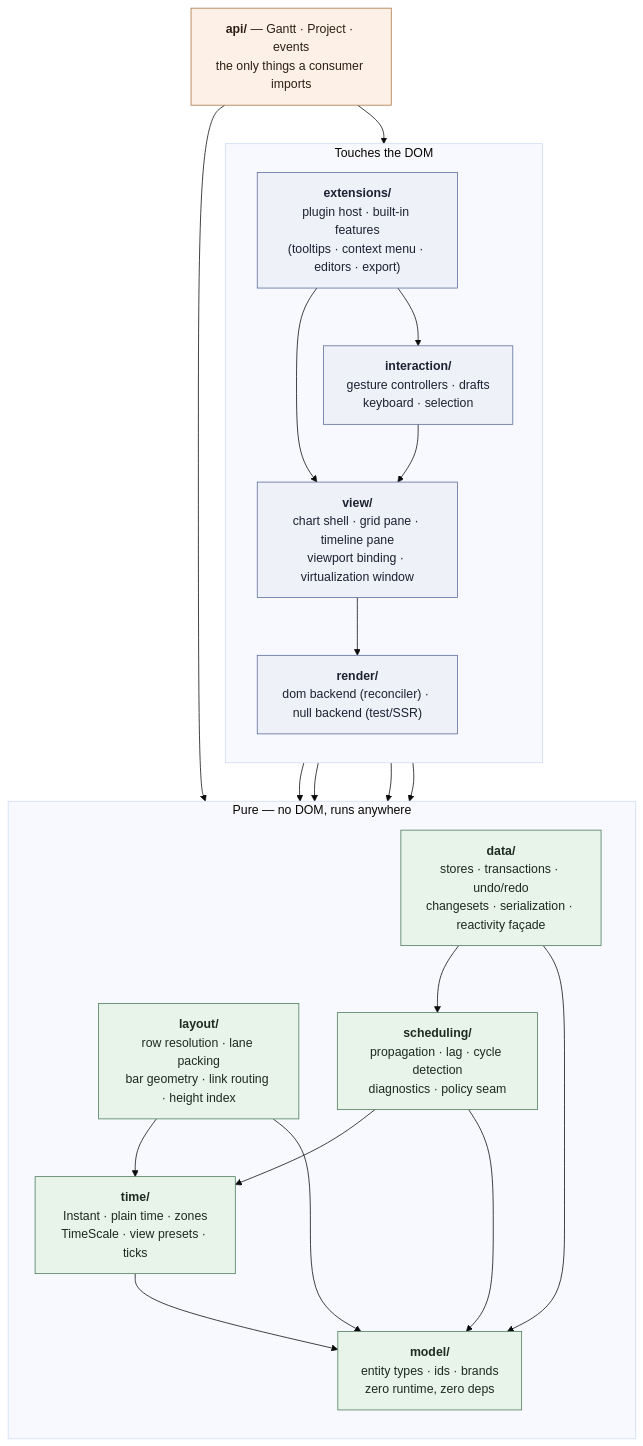
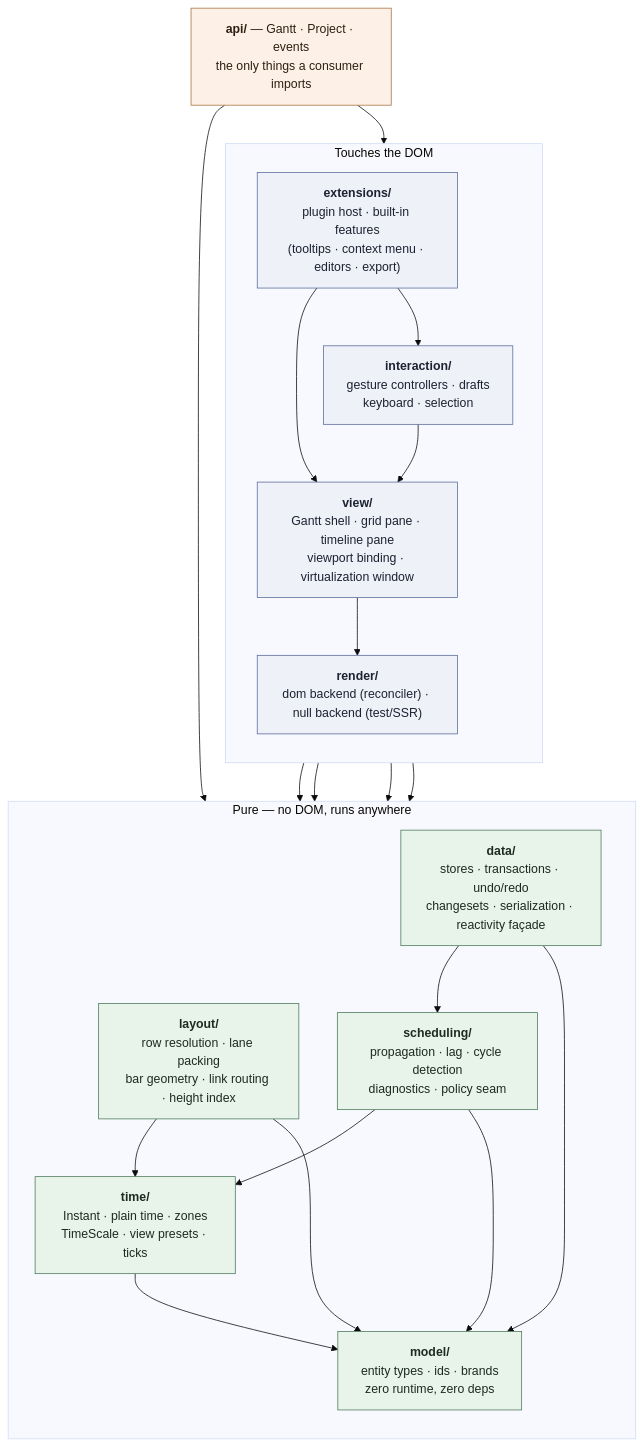
Before and after one commit to freegantt/freegantt: the first of 6 diagrams in plans/01-domain-architecture.md, drawn with Mermaid (base theme). The commit also changed other lines of this file and 21 other files, not shown here.

Commit message:
Renamed Chart to Gantt globablly

````diff
--- a/plans/01-domain-architecture.md
+++ b/plans/01-domain-architecture.md
@@ -11,46 +11,46 @@
 ```mermaid
 flowchart TB
   subgraph domside["Touches the DOM"]
     direction TB
     EXT["<b>extensions/</b><br/>plugin host · built-in features<br/>(tooltips · context menu · editors · export)"]
     INT["<b>interaction/</b><br/>gesture controllers · drafts<br/>keyboard · selection"]
-    VIEW["<b>view/</b><br/>chart shell · grid pane · timeline pane<br/>viewport binding · virtualization window"]
+    VIEW["<b>view/</b><br/>Gantt shell · grid pane · timeline pane<br/>viewport binding · virtualization window"]
     REN["<b>render/</b><br/>dom backend (reconciler) · null backend (test/SSR)"]
   end
 
   subgraph pureside["Pure — no DOM, runs anywhere"]
     direction TB
     LAY["<b>layout/</b><br/>row resolution · lane packing<br/>bar geometry · link routing · height index"]
     SCH["<b>scheduling/</b><br/>propagation · lag · cycle detection<br/>diagnostics · policy seam"]
     DATA["<b>data/</b><br/>stores · transactions · undo/redo<br/>changesets · serialization · reactivity façade"]
     TIME["<b>time/</b><br/>Instant · plain time · zones<br/>TimeScale · view presets · ticks"]
     MODEL["<b>model/</b><br/>entity types · ids · brands<br/>zero runtime, zero deps"]
   end
 
   API["<b>api/</b> — Gantt · Project · events<br/>the only things a consumer imports"]
 
   API --> VIEW
   API --> DATA
   EXT --> VIEW
   EXT --> INT
   INT --> VIEW
   INT --> DATA
   VIEW --> REN
   VIEW --> LAY
   VIEW --> DATA
   REN --> LAY
   LAY --> TIME
   LAY --> MODEL
   DATA --> SCH
   DATA --> MODEL
   SCH --> TIME
   SCH --> MODEL
   TIME --> MODEL
 
   classDef pure fill:#e8f4ea,stroke:#4a7a58,color:#1c2b20
   classDef dom fill:#eef1f8,stroke:#5a6a9a,color:#1c2230
   classDef apic fill:#fdf1e7,stroke:#a8703c,color:#2e1f12
   class MODEL,TIME,DATA,SCH,LAY pure
   class EXT,INT,VIEW,REN dom
   class API apic
 ```
````
